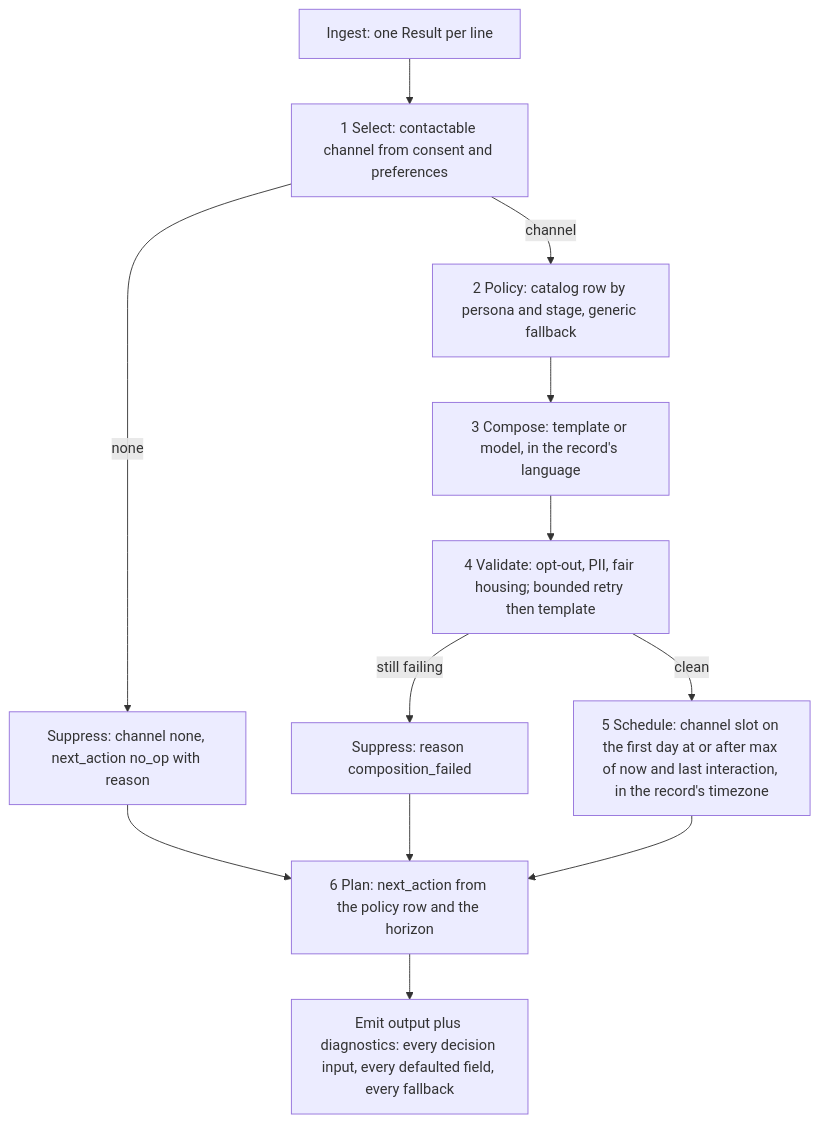
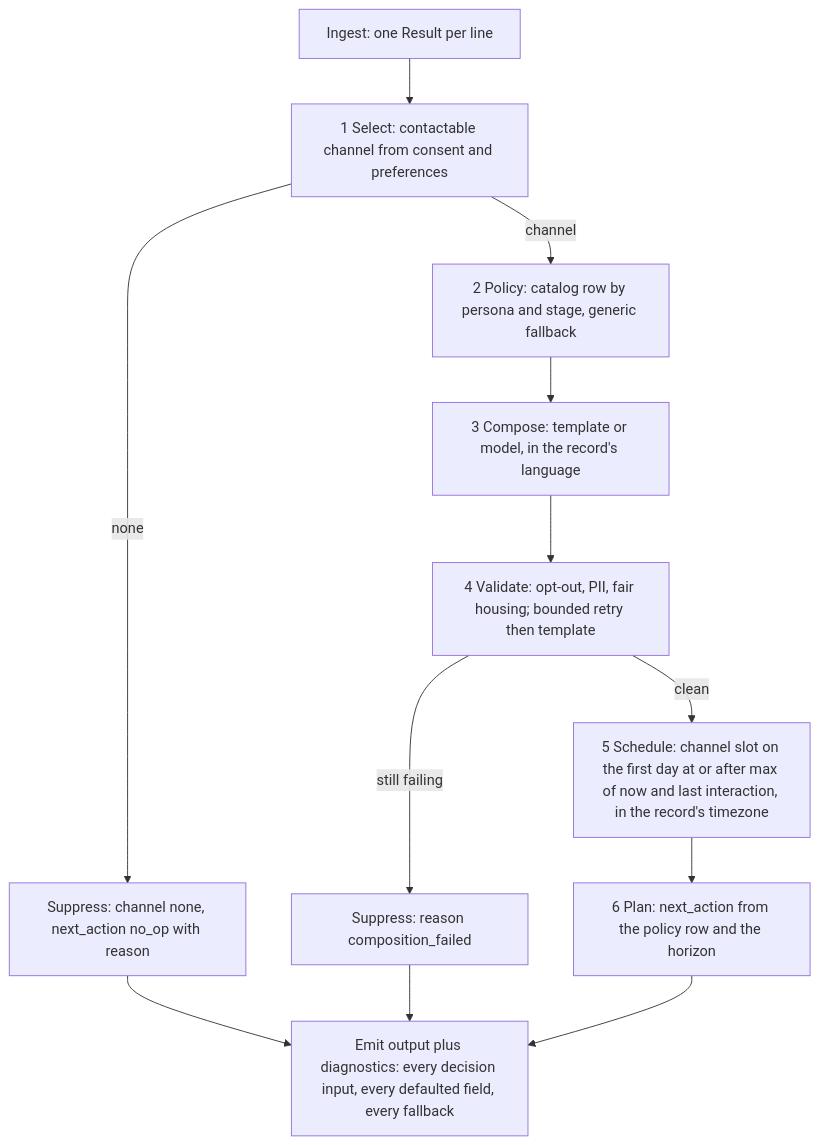
One commit to AndrewVanDelden/RealPagesInterview changed the diagram in docs/DESIGN.md. Above: the diagram before and after it, drawn with Mermaid. The commit also changed other lines of this file and 3 other files, not shown here.

````diff
--- a/docs/DESIGN.md
+++ b/docs/DESIGN.md
@@ -148,14 +148,14 @@
 ```mermaid
 flowchart TD
     A[Ingest: one Result per line] --> B[1 Select: contactable channel from consent and preferences]
     B -- none --> S[Suppress: channel none, next_action no_op with reason]
     B -- channel --> C[2 Policy: catalog row by persona and stage, generic fallback]
     C --> D[3 Compose: template or model, in the record's language]
     D --> E[4 Validate: opt-out, PII, fair housing; bounded retry then template]
     E -- still failing --> S2[Suppress: reason composition_failed]
     E -- clean --> F[5 Schedule: channel slot on the first day at or after max of now and last interaction, in the record's timezone]
     F --> G[6 Plan: next_action from the policy row and the horizon]
-    S --> G
-    S2 --> G
-    G --> H[Emit output plus diagnostics: every decision input, every defaulted field, every fallback]
+    S --> H[Emit output plus diagnostics: every decision input, every defaulted field, every fallback]
+    S2 --> H
+    G --> H
 ```
````
